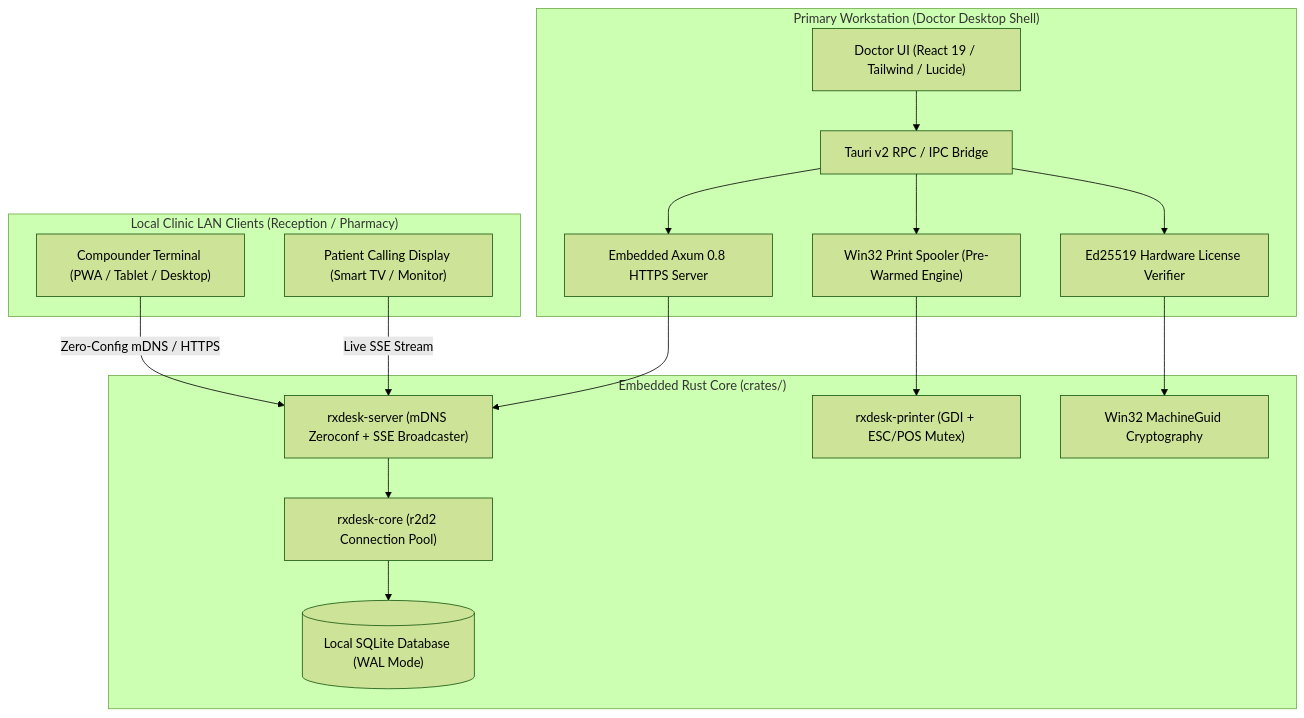
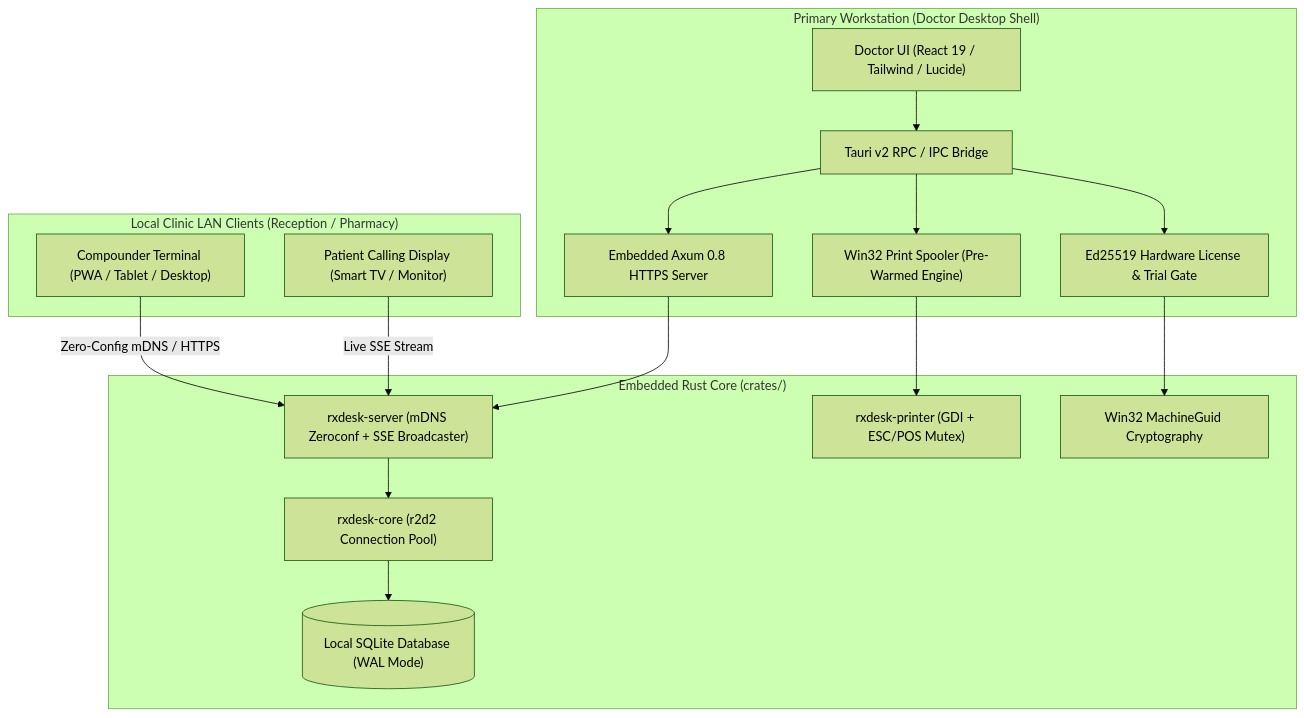
The diagram in README.md (samimaktar081/rxdesk), drawn with Mermaid (forest theme) before and after one commit. The commit also changed other lines of this file and 1 other file, not shown here.

Commit message:
feat: add 14-day free trial evaluation workflow and official release hub links with 22-version release history

````diff
--- a/README.md
+++ b/README.md
@@ -103,22 +153,22 @@
 ```mermaid
 flowchart TD
     subgraph Workstation ["Primary Workstation (Doctor Desktop Shell)"]
         A["Doctor UI (React 19 / Tailwind / Lucide)"] --> B["Tauri v2 RPC / IPC Bridge"]
         B --> C["Embedded Axum 0.8 HTTPS Server"]
         B --> D["Win32 Print Spooler (Pre-Warmed Engine)"]
-        B --> E["Ed25519 Hardware License Verifier"]
+        B --> E["Ed25519 Hardware License & Trial Gate"]
     end
 
     subgraph CoreEngine ["Embedded Rust Core (crates/)"]
         C --> F["rxdesk-server (mDNS Zeroconf + SSE Broadcaster)"]
         F --> G["rxdesk-core (r2d2 Connection Pool)"]
         G --> H[("Local SQLite Database (WAL Mode)")]
         D --> I["rxdesk-printer (GDI + ESC/POS Mutex)"]
         E --> J["Win32 MachineGuid Cryptography"]
     end
 
     subgraph Terminals ["Local Clinic LAN Clients (Reception / Pharmacy)"]
         K["Compounder Terminal (PWA / Tablet / Desktop)"] -->|Zero-Config mDNS / HTTPS| F
         L["Patient Calling Display (Smart TV / Monitor)"] -->|Live SSE Stream| F
     end
 ```
````
